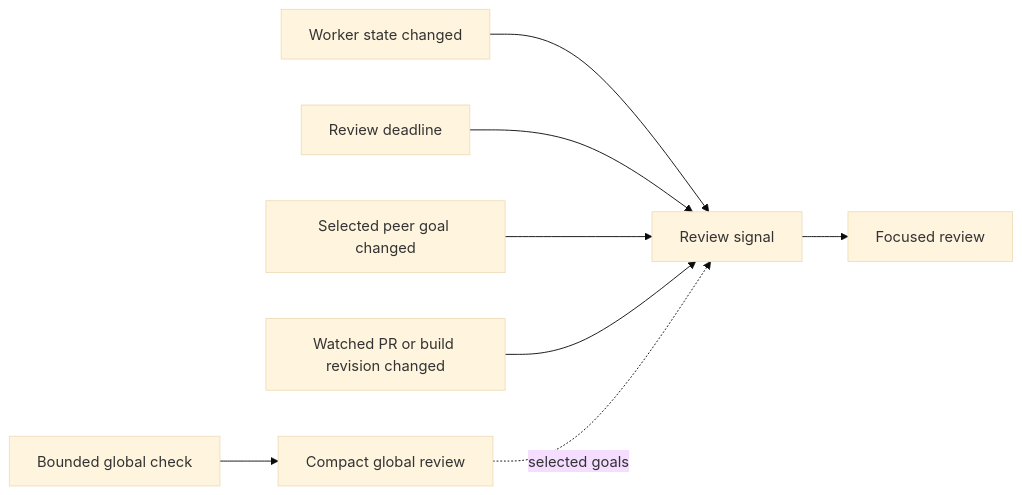
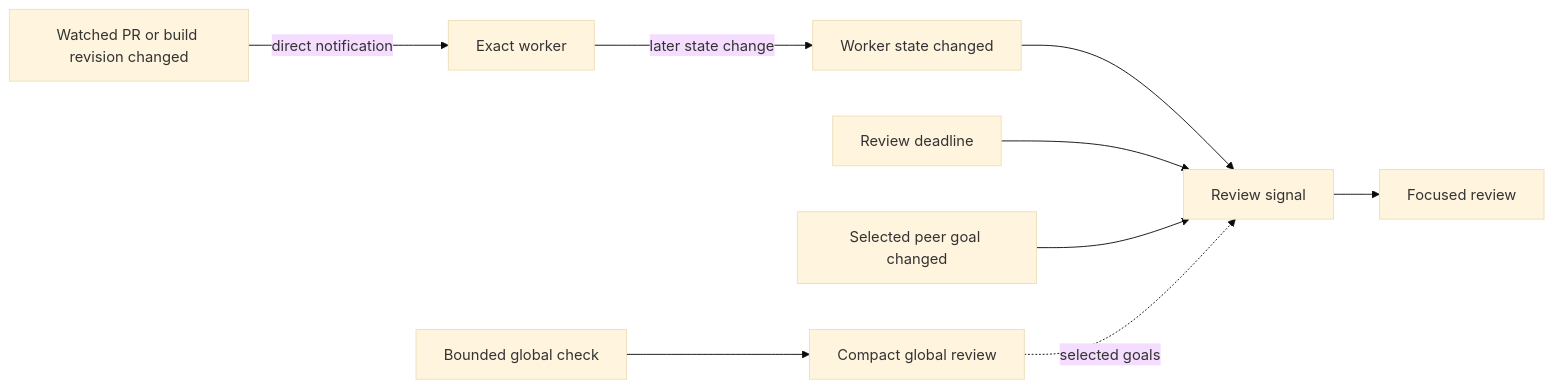
One commit to hao1939/herdr-supervisor changed the second of 4 diagrams in docs/design.md. Above: the diagram before and after it, drawn with Mermaid (base theme). The commit also changed other lines of this file and 7 other files, not shown here.

````diff
--- a/docs/design.md
+++ b/docs/design.md
@@ -116,10 +116,11 @@
 ```mermaid
 flowchart LR
     A[Worker state changed] --> Q[Review signal]
     B[Review deadline] --> Q
     C[Selected peer goal changed] --> Q
-    D[Watched PR or build revision changed] --> Q
+    D[Watched PR or build revision changed] -->|direct notification| W[Exact worker]
+    W -->|later state change| A
     Q --> R[Focused review]
     E[Bounded global check] --> G[Compact global review]
     G -. selected goals .-> Q
 ```
````
